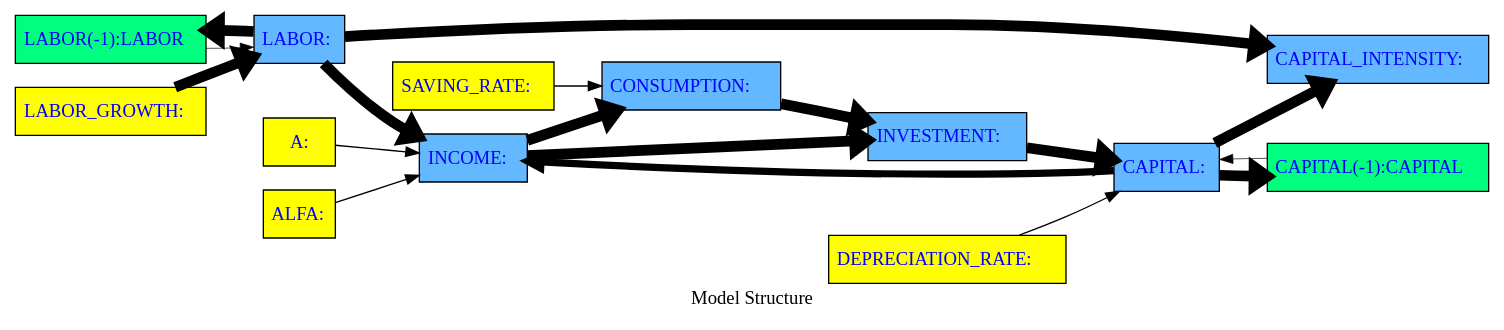
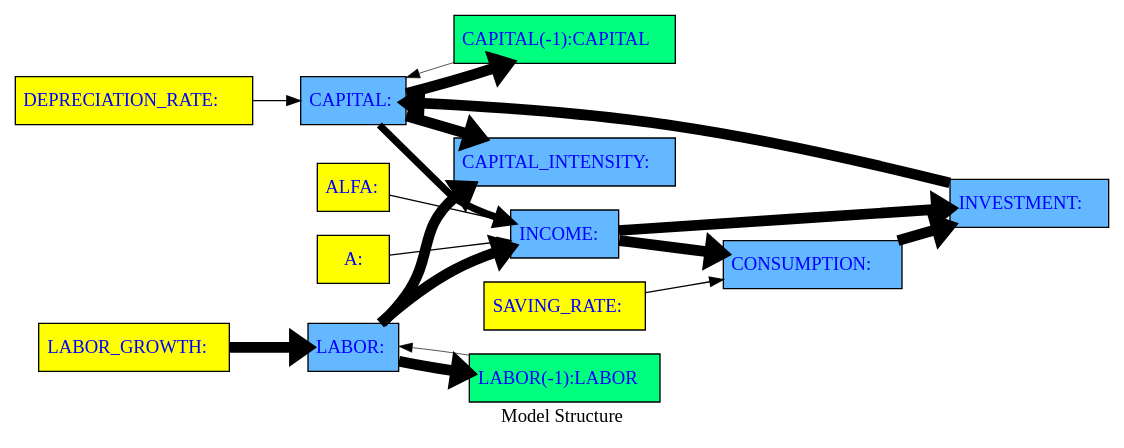
One commit to IbHansen/modelflow-manual changed the diagram in working_paper/thebook/content/notebooks/intro/graph/A_model_graph.gv. Above: the diagram before and after it, drawn with Graphviz. The commit also changed 81 other files, not shown here.

```diff
--- a/working_paper/thebook/content/notebooks/intro/graph/A_model_graph.gv
+++ b/working_paper/thebook/content/notebooks/intro/graph/A_model_graph.gv
@@ -1,35 +1,35 @@
 digraph TD { rankdir ="LR" 
 {node  [margin=0.025 fontcolor=blue style=filled ] 
- "LABOR(-1)" [ shape=box fillcolor= springgreen tooltip="LABOR&#10;FRML &lt;&gt; LABOR=LABOR(-1)+(LABOR_GROWTH * LABOR(-1))&#36;"  margin=0.025 fontcolor=blue style = filled  label=<<TABLE BORDER='0' CELLBORDER = '0' style = "filled"  > <TR><TD tooltip="LABOR&#10;FRML &lt;&gt; LABOR=LABOR(-1)+(LABOR_GROWTH * LABOR(-1))&#36;">LABOR(-1):LABOR</TD></TR> </TABLE>> ]
+ "CAPITAL_INTENSITY" [ shape=box fillcolor= steelblue1 tooltip="CAPITAL_INTENSITY&#10;FRML &lt;&gt; CAPITAL_INTENSITY = CAPITAL/LABOR  &#36;"  margin=0.025 fontcolor=blue style = filled  label=<<TABLE BORDER='0' CELLBORDER = '0' style = "filled"  > <TR><TD tooltip="CAPITAL_INTENSITY&#10;FRML &lt;&gt; CAPITAL_INTENSITY = CAPITAL/LABOR  &#36;">CAPITAL_INTENSITY:</TD></TR> </TABLE>> ]
+"ALFA" [ shape=box fillcolor= yellow tooltip="ALFA&#10;Exogen"  margin=0.025 fontcolor=blue style = filled  label=<<TABLE BORDER='0' CELLBORDER = '0' style = "filled"  > <TR><TD tooltip="ALFA&#10;Exogen">ALFA:</TD></TR> </TABLE>> ]
+"CAPITAL(-1)" [ shape=box fillcolor= springgreen tooltip="CAPITAL&#10;FRML &lt;&gt; CAPITAL=CAPITAL(-1)+(INVESTMENT-DEPRECIATION_RATE * CAPITAL(-1))&#36;"  margin=0.025 fontcolor=blue style = filled  label=<<TABLE BORDER='0' CELLBORDER = '0' style = "filled"  > <TR><TD tooltip="CAPITAL&#10;FRML &lt;&gt; CAPITAL=CAPITAL(-1)+(INVESTMENT-DEPRECIATION_RATE * CAPITAL(-1))&#36;">CAPITAL(-1):CAPITAL</TD></TR> </TABLE>> ]
+"INCOME" [ shape=box fillcolor= steelblue1 tooltip="INCOME&#10;FRML &lt;&gt; INCOME          = A  * CAPITAL**ALFA * LABOR **(1-ALFA)  &#36;"  margin=0.025 fontcolor=blue style = filled  label=<<TABLE BORDER='0' CELLBORDER = '0' style = "filled"  > <TR><TD tooltip="INCOME&#10;FRML &lt;&gt; INCOME          = A  * CAPITAL**ALFA * LABOR **(1-ALFA)  &#36;">INCOME:</TD></TR> </TABLE>> ]
+"LABOR_GROWTH" [ shape=box fillcolor= yellow tooltip="LABOR_GROWTH&#10;Exogen"  margin=0.025 fontcolor=blue style = filled  label=<<TABLE BORDER='0' CELLBORDER = '0' style = "filled"  > <TR><TD tooltip="LABOR_GROWTH&#10;Exogen">LABOR_GROWTH:</TD></TR> </TABLE>> ]
+"CAPITAL" [ shape=box fillcolor= steelblue1 tooltip="CAPITAL&#10;FRML &lt;&gt; CAPITAL=CAPITAL(-1)+(INVESTMENT-DEPRECIATION_RATE * CAPITAL(-1))&#36;"  margin=0.025 fontcolor=blue style = filled  label=<<TABLE BORDER='0' CELLBORDER = '0' style = "filled"  > <TR><TD tooltip="CAPITAL&#10;FRML &lt;&gt; CAPITAL=CAPITAL(-1)+(INVESTMENT-DEPRECIATION_RATE * CAPITAL(-1))&#36;">CAPITAL:</TD></TR> </TABLE>> ]
+"SAVING_RATE" [ shape=box fillcolor= yellow tooltip="SAVING_RATE&#10;Exogen"  margin=0.025 fontcolor=blue style = filled  label=<<TABLE BORDER='0' CELLBORDER = '0' style = "filled"  > <TR><TD tooltip="SAVING_RATE&#10;Exogen">SAVING_RATE:</TD></TR> </TABLE>> ]
+"A" [ shape=box fillcolor= yellow tooltip="A&#10;Exogen"  margin=0.025 fontcolor=blue style = filled  label=<<TABLE BORDER='0' CELLBORDER = '0' style = "filled"  > <TR><TD tooltip="A&#10;Exogen">A:</TD></TR> </TABLE>> ]
+"INVESTMENT" [ shape=box fillcolor= steelblue1 tooltip="INVESTMENT&#10;FRML &lt;&gt; INVESTMENT      = INCOME - CONSUMPTION    &#36;"  margin=0.025 fontcolor=blue style = filled  label=<<TABLE BORDER='0' CELLBORDER = '0' style = "filled"  > <TR><TD tooltip="INVESTMENT&#10;FRML &lt;&gt; INVESTMENT      = INCOME - CONSUMPTION    &#36;">INVESTMENT:</TD></TR> </TABLE>> ]
 "LABOR" [ shape=box fillcolor= steelblue1 tooltip="LABOR&#10;FRML &lt;&gt; LABOR=LABOR(-1)+(LABOR_GROWTH * LABOR(-1))&#36;"  margin=0.025 fontcolor=blue style = filled  label=<<TABLE BORDER='0' CELLBORDER = '0' style = "filled"  > <TR><TD tooltip="LABOR&#10;FRML &lt;&gt; LABOR=LABOR(-1)+(LABOR_GROWTH * LABOR(-1))&#36;">LABOR:</TD></TR> </TABLE>> ]
-"CAPITAL_INTENSITY" [ shape=box fillcolor= steelblue1 tooltip="CAPITAL_INTENSITY&#10;FRML &lt;&gt; CAPITAL_INTENSITY = CAPITAL/LABOR  &#36;"  margin=0.025 fontcolor=blue style = filled  label=<<TABLE BORDER='0' CELLBORDER = '0' style = "filled"  > <TR><TD tooltip="CAPITAL_INTENSITY&#10;FRML &lt;&gt; CAPITAL_INTENSITY = CAPITAL/LABOR  &#36;">CAPITAL_INTENSITY:</TD></TR> </TABLE>> ]
+"DEPRECIATION_RATE" [ shape=box fillcolor= yellow tooltip="DEPRECIATION_RATE&#10;Exogen"  margin=0.025 fontcolor=blue style = filled  label=<<TABLE BORDER='0' CELLBORDER = '0' style = "filled"  > <TR><TD tooltip="DEPRECIATION_RATE&#10;Exogen">DEPRECIATION_RATE:</TD></TR> </TABLE>> ]
 "CONSUMPTION" [ shape=box fillcolor= steelblue1 tooltip="CONSUMPTION&#10;FRML &lt;&gt; CONSUMPTION     = (1-SAVING_RATE)  * INCOME  &#36;"  margin=0.025 fontcolor=blue style = filled  label=<<TABLE BORDER='0' CELLBORDER = '0' style = "filled"  > <TR><TD tooltip="CONSUMPTION&#10;FRML &lt;&gt; CONSUMPTION     = (1-SAVING_RATE)  * INCOME  &#36;">CONSUMPTION:</TD></TR> </TABLE>> ]
-"INCOME" [ shape=box fillcolor= steelblue1 tooltip="INCOME&#10;FRML &lt;&gt; INCOME          = A  * CAPITAL**ALFA * LABOR **(1-ALFA)  &#36;"  margin=0.025 fontcolor=blue style = filled  label=<<TABLE BORDER='0' CELLBORDER = '0' style = "filled"  > <TR><TD tooltip="INCOME&#10;FRML &lt;&gt; INCOME          = A  * CAPITAL**ALFA * LABOR **(1-ALFA)  &#36;">INCOME:</TD></TR> </TABLE>> ]
-"A" [ shape=box fillcolor= yellow tooltip="A&#10;Exogen"  margin=0.025 fontcolor=blue style = filled  label=<<TABLE BORDER='0' CELLBORDER = '0' style = "filled"  > <TR><TD tooltip="A&#10;Exogen">A:</TD></TR> </TABLE>> ]
-"CAPITAL" [ shape=box fillcolor= steelblue1 tooltip="CAPITAL&#10;FRML &lt;&gt; CAPITAL=CAPITAL(-1)+(INVESTMENT-DEPRECIATION_RATE * CAPITAL(-1))&#36;"  margin=0.025 fontcolor=blue style = filled  label=<<TABLE BORDER='0' CELLBORDER = '0' style = "filled"  > <TR><TD tooltip="CAPITAL&#10;FRML &lt;&gt; CAPITAL=CAPITAL(-1)+(INVESTMENT-DEPRECIATION_RATE * CAPITAL(-1))&#36;">CAPITAL:</TD></TR> </TABLE>> ]
-"CAPITAL(-1)" [ shape=box fillcolor= springgreen tooltip="CAPITAL&#10;FRML &lt;&gt; CAPITAL=CAPITAL(-1)+(INVESTMENT-DEPRECIATION_RATE * CAPITAL(-1))&#36;"  margin=0.025 fontcolor=blue style = filled  label=<<TABLE BORDER='0' CELLBORDER = '0' style = "filled"  > <TR><TD tooltip="CAPITAL&#10;FRML &lt;&gt; CAPITAL=CAPITAL(-1)+(INVESTMENT-DEPRECIATION_RATE * CAPITAL(-1))&#36;">CAPITAL(-1):CAPITAL</TD></TR> </TABLE>> ]
-"INVESTMENT" [ shape=box fillcolor= steelblue1 tooltip="INVESTMENT&#10;FRML &lt;&gt; INVESTMENT      = INCOME - CONSUMPTION    &#36;"  margin=0.025 fontcolor=blue style = filled  label=<<TABLE BORDER='0' CELLBORDER = '0' style = "filled"  > <TR><TD tooltip="INVESTMENT&#10;FRML &lt;&gt; INVESTMENT      = INCOME - CONSUMPTION    &#36;">INVESTMENT:</TD></TR> </TABLE>> ]
-"ALFA" [ shape=box fillcolor= yellow tooltip="ALFA&#10;Exogen"  margin=0.025 fontcolor=blue style = filled  label=<<TABLE BORDER='0' CELLBORDER = '0' style = "filled"  > <TR><TD tooltip="ALFA&#10;Exogen">ALFA:</TD></TR> </TABLE>> ]
-"LABOR_GROWTH" [ shape=box fillcolor= yellow tooltip="LABOR_GROWTH&#10;Exogen"  margin=0.025 fontcolor=blue style = filled  label=<<TABLE BORDER='0' CELLBORDER = '0' style = "filled"  > <TR><TD tooltip="LABOR_GROWTH&#10;Exogen">LABOR_GROWTH:</TD></TR> </TABLE>> ]
-"DEPRECIATION_RATE" [ shape=box fillcolor= yellow tooltip="DEPRECIATION_RATE&#10;Exogen"  margin=0.025 fontcolor=blue style = filled  label=<<TABLE BORDER='0' CELLBORDER = '0' style = "filled"  > <TR><TD tooltip="DEPRECIATION_RATE&#10;Exogen">DEPRECIATION_RATE:</TD></TR> </TABLE>> ]
-"SAVING_RATE" [ shape=box fillcolor= yellow tooltip="SAVING_RATE&#10;Exogen"  margin=0.025 fontcolor=blue style = filled  label=<<TABLE BORDER='0' CELLBORDER = '0' style = "filled"  > <TR><TD tooltip="SAVING_RATE&#10;Exogen">SAVING_RATE:</TD></TR> </TABLE>> ] 
+"LABOR(-1)" [ shape=box fillcolor= springgreen tooltip="LABOR&#10;FRML &lt;&gt; LABOR=LABOR(-1)+(LABOR_GROWTH * LABOR(-1))&#36;"  margin=0.025 fontcolor=blue style = filled  label=<<TABLE BORDER='0' CELLBORDER = '0' style = "filled"  > <TR><TD tooltip="LABOR&#10;FRML &lt;&gt; LABOR=LABOR(-1)+(LABOR_GROWTH * LABOR(-1))&#36;">LABOR(-1):LABOR</TD></TR> </TABLE>> ] 
 } 
-"CAPITAL" -> "CAPITAL(-1)" [ style = filled tooltip=" CAPITAL -> CAPITAL(-1) Min. att. 0%  max: 94%" href="bogus" penwidth = 8.0 ]
-"LABOR" -> "CAPITAL_INTENSITY" [ style = filled tooltip=" LABOR -> CAPITAL_INTENSITY Min. att. 103%  max: 1269%" href="bogus" penwidth = 8.0 ]
-"LABOR(-1)" -> "LABOR" [ style = filled tooltip=NA href="bogus" penwidth = 0.5 ]
-"LABOR" -> "INCOME" [ style = filled tooltip=" LABOR -> INCOME Min. att. 59%  max: 97%" href="bogus" penwidth = 8.0 ]
+"ALFA" -> "INCOME" [ style = filled tooltip=" ALFA -> INCOME Min. att. -0%  max: -0%" href="bogus" penwidth = 1.0 ]
+"A" -> "INCOME" [ style = filled tooltip=" A -> INCOME Min. att. -0%  max: -0%" href="bogus" penwidth = 1.0 ]
 "CAPITAL" -> "CAPITAL_INTENSITY" [ style = filled tooltip=" CAPITAL -> CAPITAL_INTENSITY Min. att. -647%  max: -3%" href="bogus" penwidth = 8.0 ]
-"CONSUMPTION" -> "INVESTMENT" [ style = filled tooltip=" CONSUMPTION -> INVESTMENT Min. att. -1900%  max: -1900%" href="bogus" penwidth = 8.0 ]
-"LABOR" -> "LABOR(-1)" [ style = filled tooltip=" LABOR -> LABOR(-1) Min. att. 0%  max: 100%" href="bogus" penwidth = 8.0 ]
 "INVESTMENT" -> "CAPITAL" [ style = filled tooltip=" INVESTMENT -> CAPITAL Min. att. 6%  max: 100%" href="bogus" penwidth = 8.0 ]
 "CAPITAL" -> "INCOME" [ style = filled tooltip=" CAPITAL -> INCOME Min. att. 3%  max: 54%" href="bogus" penwidth = 5.422974734681451 ]
-"A" -> "INCOME" [ style = filled tooltip=" A -> INCOME Min. att. -0%  max: -0%" href="bogus" penwidth = 1.0 ]
+"LABOR(-1)" -> "LABOR" [ style = filled tooltip=NA href="bogus" penwidth = 0.5 ]
+"LABOR" -> "CAPITAL_INTENSITY" [ style = filled tooltip=" LABOR -> CAPITAL_INTENSITY Min. att. 103%  max: 1269%" href="bogus" penwidth = 8.0 ]
+"DEPRECIATION_RATE" -> "CAPITAL" [ style = filled tooltip=" DEPRECIATION_RATE -> CAPITAL Min. att. 0%  max: 0%" href="bogus" penwidth = 1.0 ]
+"SAVING_RATE" -> "CONSUMPTION" [ style = filled tooltip=" SAVING_RATE -> CONSUMPTION Min. att. 0%  max: 0%" href="bogus" penwidth = 1.0 ]
+"INCOME" -> "CONSUMPTION" [ style = filled tooltip=" INCOME -> CONSUMPTION Min. att. 100%  max: 100%" href="bogus" penwidth = 8.0 ]
+"LABOR" -> "LABOR(-1)" [ style = filled tooltip=" LABOR -> LABOR(-1) Min. att. 0%  max: 100%" href="bogus" penwidth = 8.0 ]
+"LABOR_GROWTH" -> "LABOR" [ style = filled tooltip=" LABOR_GROWTH -> LABOR Min. att. 0%  max: 100%" href="bogus" penwidth = 8.0 ]
+"LABOR" -> "INCOME" [ style = filled tooltip=" LABOR -> INCOME Min. att. 59%  max: 97%" href="bogus" penwidth = 8.0 ]
+"CONSUMPTION" -> "INVESTMENT" [ style = filled tooltip=" CONSUMPTION -> INVESTMENT Min. att. -1900%  max: -1900%" href="bogus" penwidth = 8.0 ]
 "CAPITAL(-1)" -> "CAPITAL" [ style = filled tooltip=NA href="bogus" penwidth = 0.5 ]
-"DEPRECIATION_RATE" -> "CAPITAL" [ style = filled tooltip=" DEPRECIATION_RATE -> CAPITAL Min. att. 0%  max: 0%" href="bogus" penwidth = 1.0 ]
+"CAPITAL" -> "CAPITAL(-1)" [ style = filled tooltip=" CAPITAL -> CAPITAL(-1) Min. att. 0%  max: 94%" href="bogus" penwidth = 8.0 ]
 "INCOME" -> "INVESTMENT" [ style = filled tooltip=" INCOME -> INVESTMENT Min. att. 2000%  max: 2000%" href="bogus" penwidth = 8.0 ]
-"ALFA" -> "INCOME" [ style = filled tooltip=" ALFA -> INCOME Min. att. -0%  max: -0%" href="bogus" penwidth = 1.0 ]
-"INCOME" -> "CONSUMPTION" [ style = filled tooltip=" INCOME -> CONSUMPTION Min. att. 100%  max: 100%" href="bogus" penwidth = 8.0 ]
-"LABOR_GROWTH" -> "LABOR" [ style = filled tooltip=" LABOR_GROWTH -> LABOR Min. att. 0%  max: 100%" href="bogus" penwidth = 8.0 ]
-"SAVING_RATE" -> "CONSUMPTION" [ style = filled tooltip=" SAVING_RATE -> CONSUMPTION Min. att. 0%  max: 0%" href="bogus" penwidth = 1.0 ]
  label = "Model Structure";
 }
```
